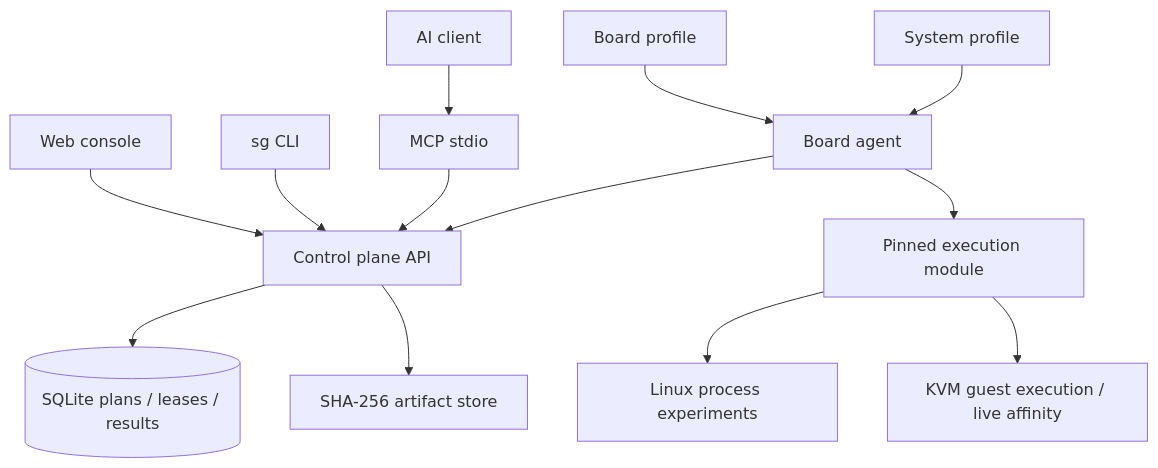
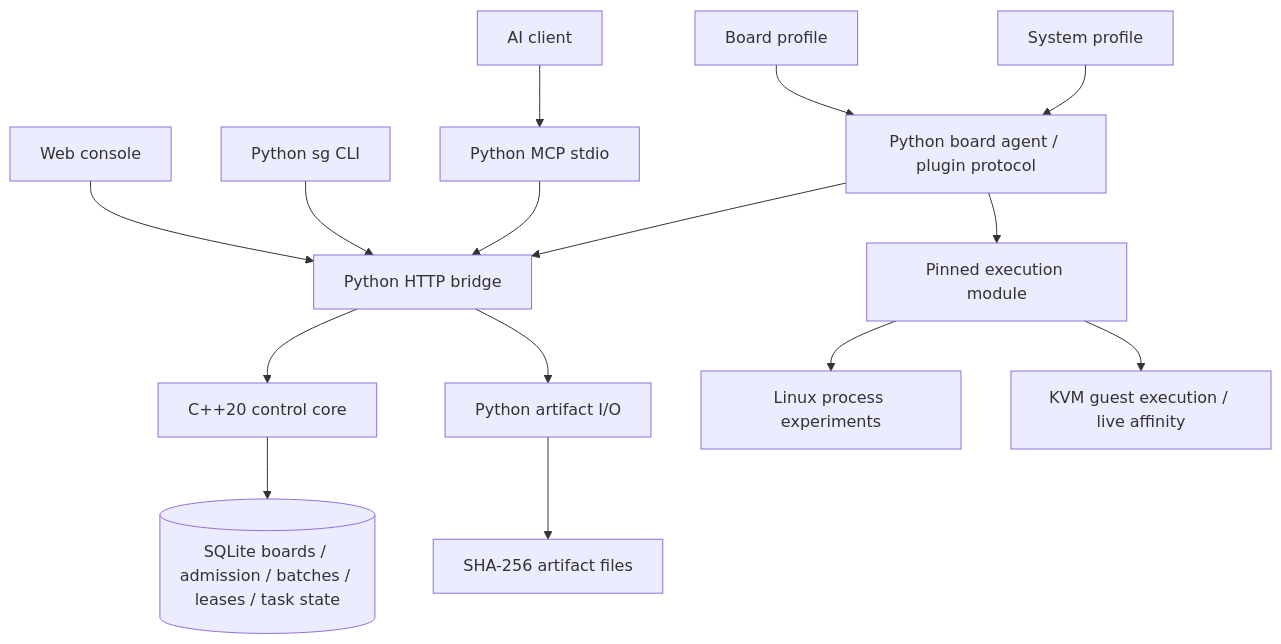
One commit to Patchouliys/side-galaxy changed the diagram in docs/research.md. Above: the diagram before and after it, drawn with Mermaid. The commit also changed other lines of this file and 27 other files, not shown here.

Commit message:
feat: move control state and resource admission into C++ core

````diff
--- a/docs/research.md
+++ b/docs/research.md
@@ -7,15 +9,17 @@
 ```mermaid
 flowchart TB
-  Web[Web console] --> API[Control plane API]
-  CLI[sg CLI] --> API
-  AI[AI client] --> MCP[MCP stdio]
+  Web[Web console] --> API[Python HTTP bridge]
+  CLI[Python sg CLI] --> API
+  AI[AI client] --> MCP[Python MCP stdio]
   MCP --> API
-  API --> DB[(SQLite plans / leases / results)]
-  API --> Artifacts[SHA-256 artifact store]
-  Agent[Board agent] --> API
+  API --> Core[C++20 control core]
+  Core --> DB[(SQLite boards / admission / batches / leases / task state)]
+  API --> Artifacts[Python artifact I/O]
+  Artifacts --> Files[SHA-256 artifact files]
+  Agent[Python board agent / plugin protocol] --> API
   Board[Board profile] --> Agent
   OS[System profile] --> Agent
   Agent --> Module[Pinned execution module]
   Module --> Linux[Linux process experiments]
   Module --> KVM[KVM guest execution / live affinity]
 ```
````
